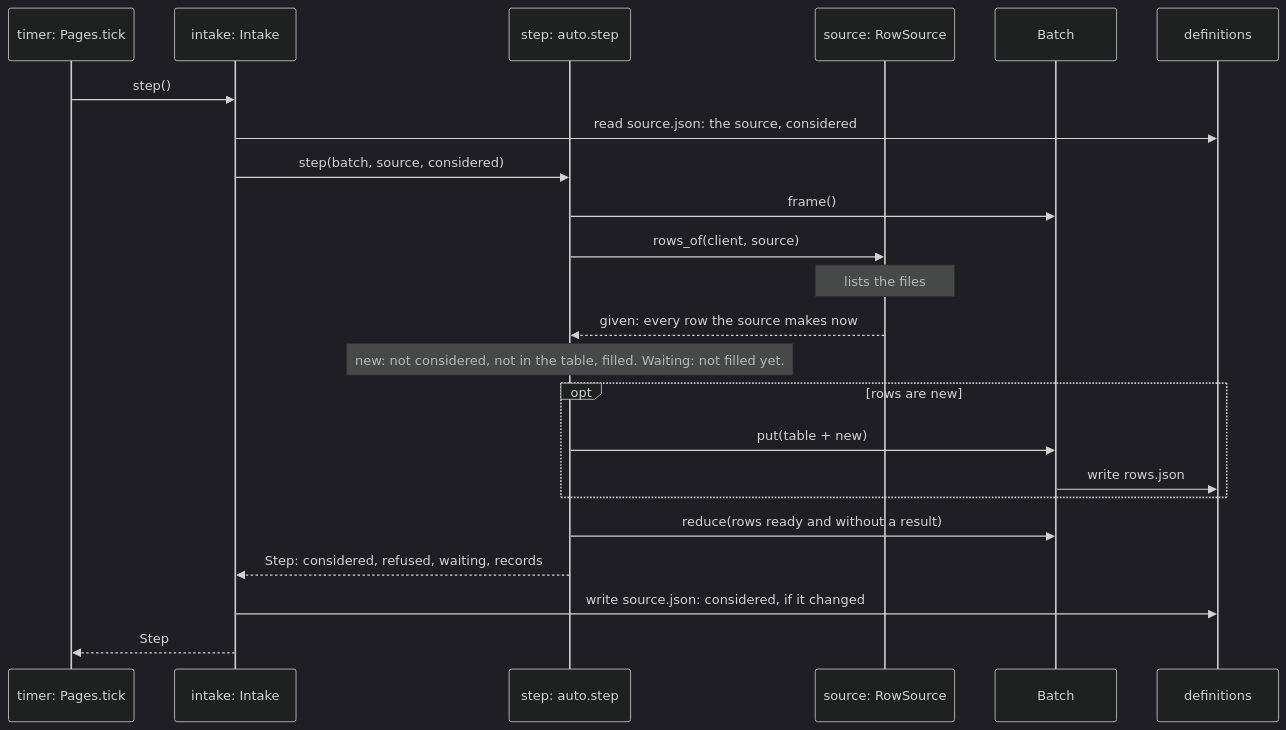
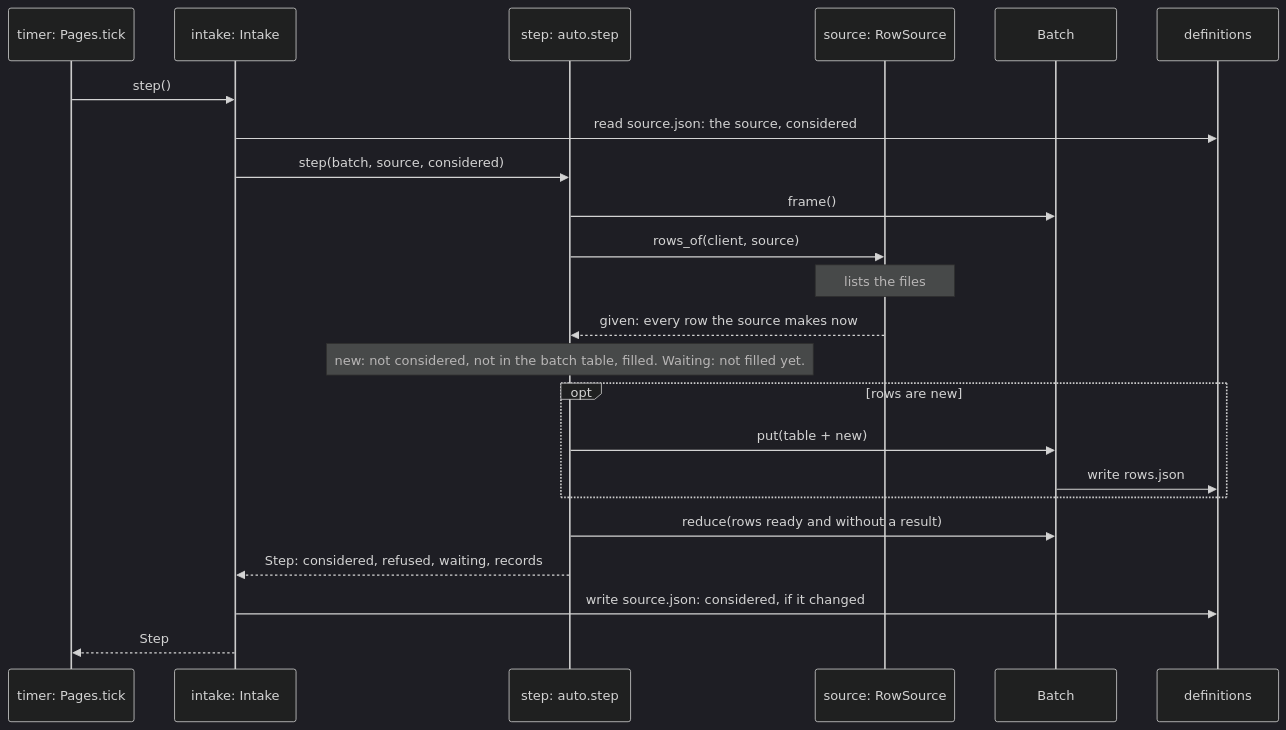
Before and after one commit to scipp/essapps: the fifth of 5 diagrams in packages/essapps/docs/batch.md, drawn with Mermaid (dark theme). The commit also changed other lines of this file and 35 other files, not shown here.

````diff
--- a/packages/essapps/docs/batch.md
+++ b/packages/essapps/docs/batch.md
@@ -593,25 +594,25 @@
 ```mermaid
 sequenceDiagram
     participant timer as timer: Pages.tick
     participant intake as intake: Intake
     participant step as step: auto.step
     participant source as source: RowSource
     participant batch as Batch
     participant definitions
     timer->>intake: step()
     intake->>definitions: read source.json: the source, considered
     intake->>step: step(batch, source, considered)
     step->>batch: frame()
     step->>source: rows_of(client, source)
     Note over source: lists the files
     source-->>step: given: every row the source makes now
-    Note over step: new: not considered, not in the table, filled. Waiting: not filled yet.
+    Note over step: new: not considered, not in the batch table, filled. Waiting: not filled yet.
     opt rows are new
         step->>batch: put(table + new)
         batch->>definitions: write rows.json
     end
     step->>batch: reduce(rows ready and without a result)
     step-->>intake: Step: considered, refused, waiting, records
     intake->>definitions: write source.json: considered, if it changed
     intake-->>timer: Step
 ```
````
